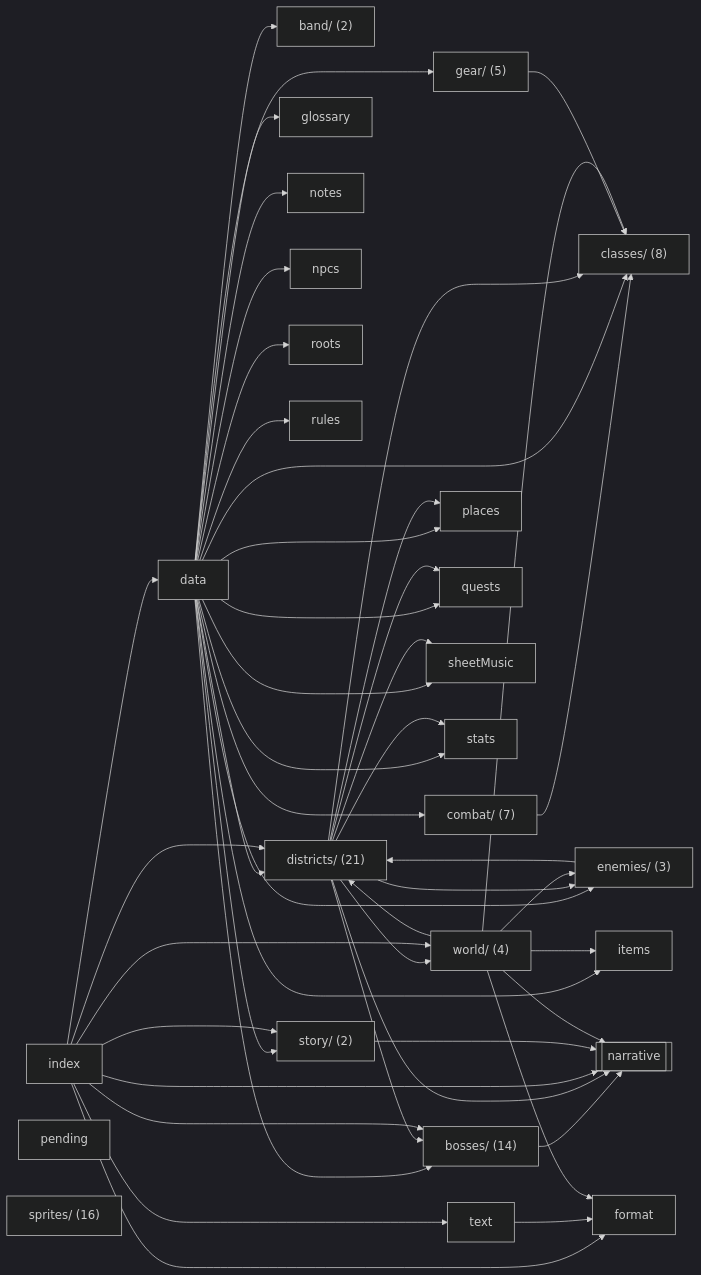
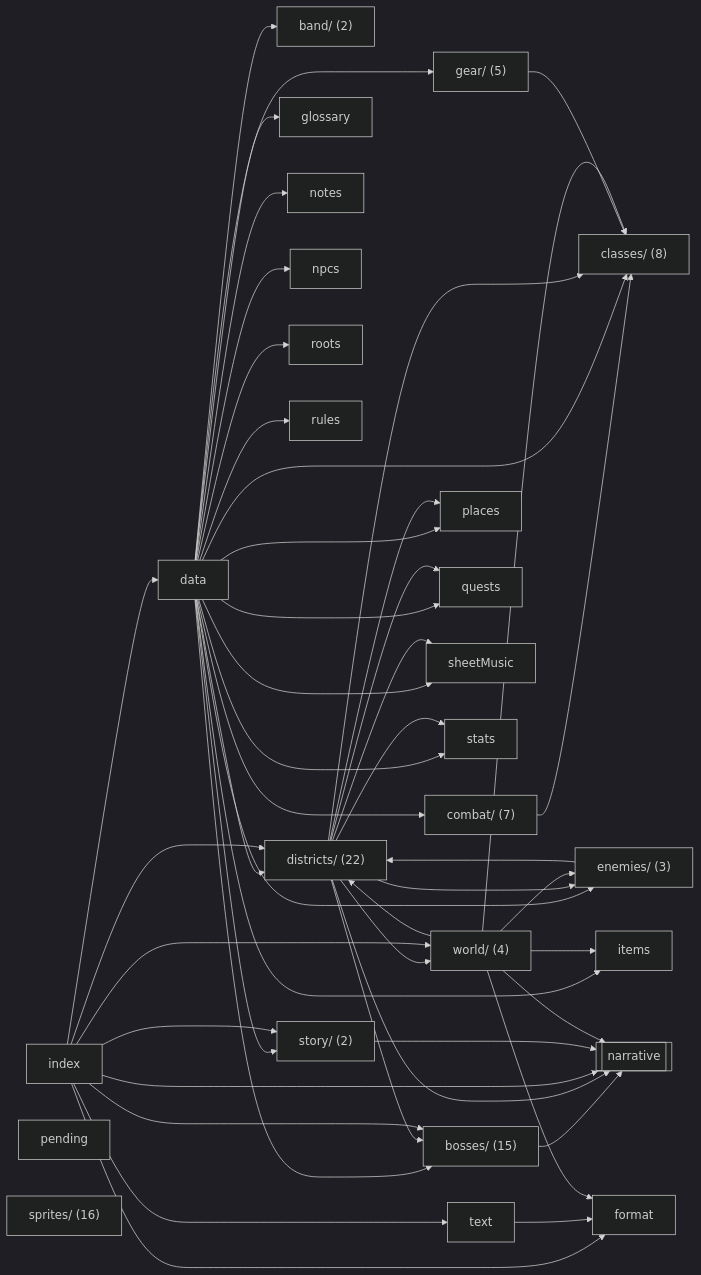
The diagram in docs/reference/code-map/content.md (OrangeB0lt/Cyber-funk), drawn with Mermaid (dark theme) before and after one commit. The commit also changed other lines of this file and 9 other files, not shown here.

````diff
--- a/docs/reference/code-map/content.md
+++ b/docs/reference/code-map/content.md
@@ -11,76 +11,76 @@
 ```mermaid
 flowchart LR
   n_band_["band/ (2)"]
-  n_bosses_["bosses/ (14)"]
+  n_bosses_["bosses/ (15)"]
   n_classes_["classes/ (8)"]
   n_combat_["combat/ (7)"]
   n_data["data"]
-  n_districts_["districts/ (21)"]
+  n_districts_["districts/ (22)"]
   n_enemies_["enemies/ (3)"]
   n_format["format"]
   n_gear_["gear/ (5)"]
   n_glossary["glossary"]
   n_index["index"]
   n_items["items"]
   n_notes["notes"]
   n_npcs["npcs"]
   n_pending["pending"]
   n_places["places"]
   n_quests["quests"]
   n_roots["roots"]
   n_rules["rules"]
   n_sheetMusic["sheetMusic"]
   n_sprites_["sprites/ (16)"]
   n_stats["stats"]
   n_story_["story/ (2)"]
   n_text["text"]
   n_world_["world/ (4)"]
   n_ext_narrative[["narrative"]]
   n_bosses_ --> n_ext_narrative
   n_combat_ --> n_classes_
   n_data --> n_band_
   n_data --> n_bosses_
   n_data --> n_classes_
   n_data --> n_combat_
   n_data --> n_districts_
   n_data --> n_enemies_
   n_data --> n_gear_
   n_data --> n_glossary
   n_data --> n_items
   n_data --> n_notes
   n_data --> n_npcs
   n_data --> n_places
   n_data --> n_quests
   n_data --> n_roots
   n_data --> n_rules
   n_data --> n_sheetMusic
   n_data --> n_stats
   n_data --> n_story_
   n_districts_ --> n_bosses_
   n_districts_ --> n_classes_
   n_districts_ --> n_enemies_
   n_districts_ --> n_ext_narrative
   n_districts_ --> n_places
   n_districts_ --> n_quests
   n_districts_ --> n_sheetMusic
   n_districts_ --> n_stats
   n_districts_ --> n_world_
   n_enemies_ --> n_districts_
   n_gear_ --> n_classes_
   n_index --> n_bosses_
   n_index --> n_data
   n_index --> n_districts_
   n_index --> n_ext_narrative
   n_index --> n_format
   n_index --> n_story_
   n_index --> n_text
   n_index --> n_world_
   n_story_ --> n_ext_narrative
   n_text --> n_format
   n_world_ --> n_classes_
   n_world_ --> n_districts_
   n_world_ --> n_enemies_
   n_world_ --> n_ext_narrative
   n_world_ --> n_format
   n_world_ --> n_items
 ```
````
